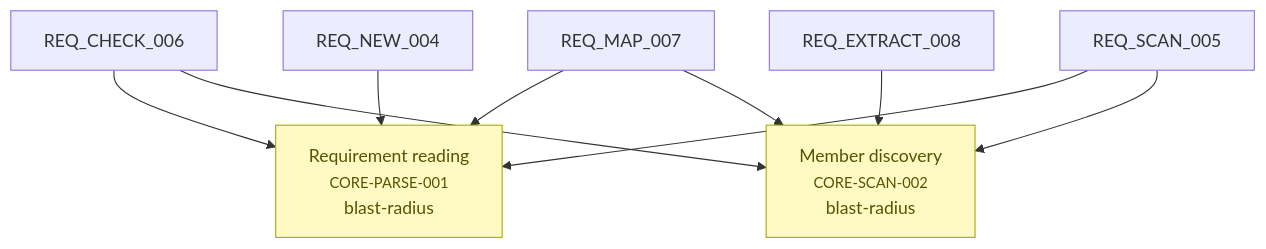
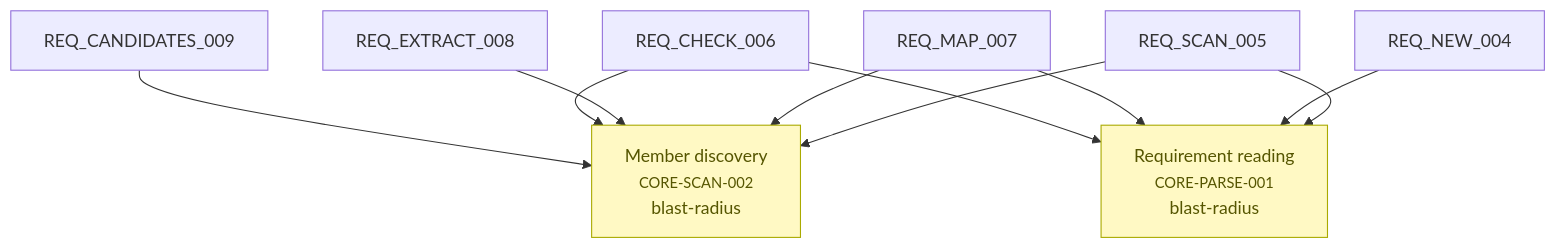
Before and after one commit to alxmax/Requirement-manager: the fifth of 5 diagrams in plugin/requirements/_map.md, drawn with Mermaid. The commit also changed other lines of this file and 2 other files, not shown here.

````diff
--- a/plugin/requirements/_map.md
+++ b/plugin/requirements/_map.md
@@ -145,15 +158,16 @@
 ```mermaid
 graph TD
   CORE_PARSE_001["Requirement reading<br><small>CORE-PARSE-001</small><br>blast-radius"]
   style CORE_PARSE_001 fill:#fff9c4,stroke:#aa0,color:#550
   CORE_SCAN_002["Member discovery<br><small>CORE-SCAN-002</small><br>blast-radius"]
   style CORE_SCAN_002 fill:#fff9c4,stroke:#aa0,color:#550
+  REQ_CANDIDATES_009 --> CORE_SCAN_002
   REQ_CHECK_006 --> CORE_PARSE_001
   REQ_CHECK_006 --> CORE_SCAN_002
   REQ_EXTRACT_008 --> CORE_SCAN_002
   REQ_MAP_007 --> CORE_PARSE_001
   REQ_MAP_007 --> CORE_SCAN_002
   REQ_NEW_004 --> CORE_PARSE_001
   REQ_SCAN_005 --> CORE_PARSE_001
   REQ_SCAN_005 --> CORE_SCAN_002
 ```
````
